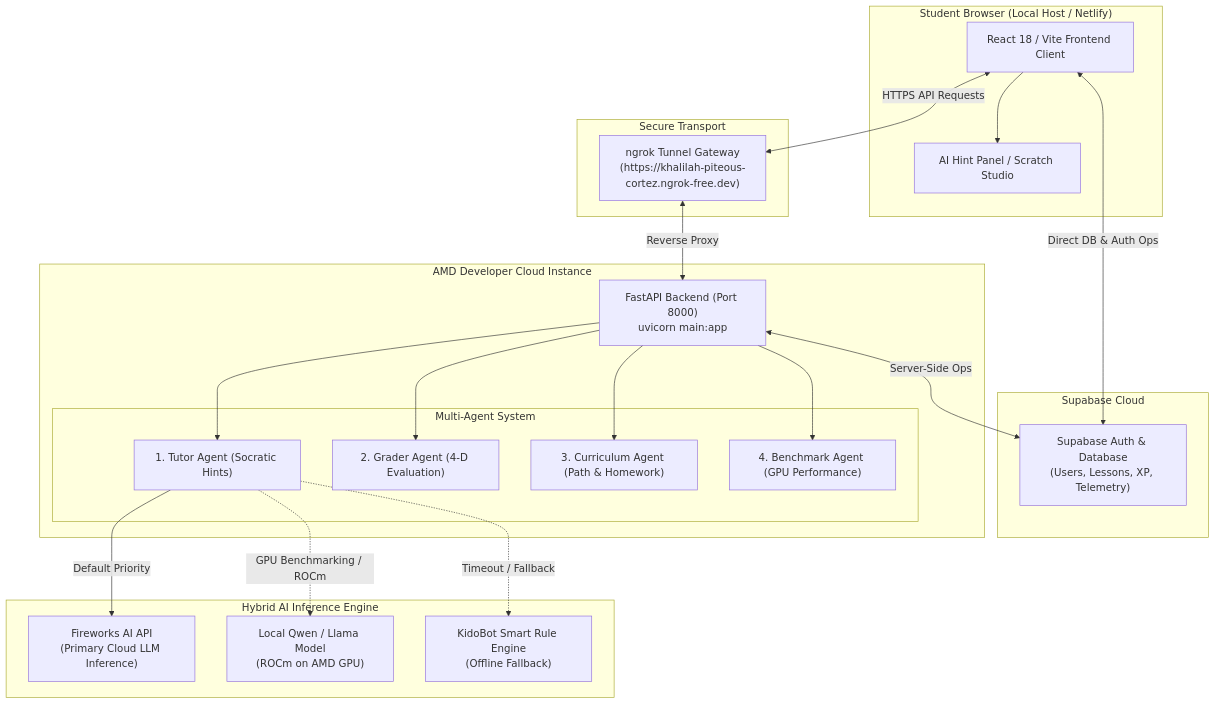
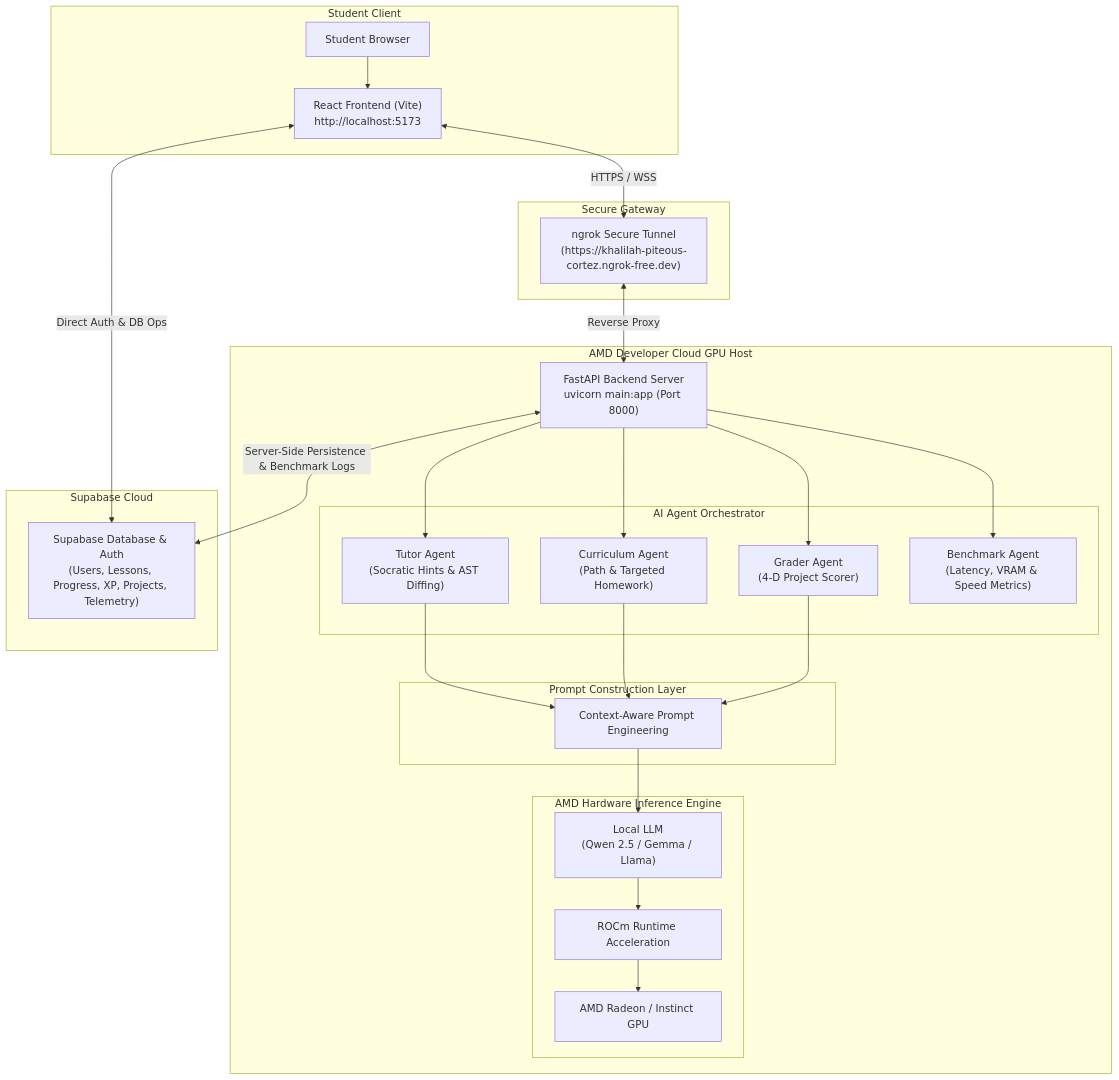
One commit to maria2469/KidoDev changed the diagram in README.md. Above: the diagram before and after it, drawn with Mermaid. The commit also changed other lines of this file and 7 other files, not shown here.

Commit message:
docs: simplify architecture documentation and replace diagrams with direct AMD GPU inference focus

````diff
--- a/README.md
+++ b/README.md
@@ -50,47 +59,53 @@
 ```mermaid
 flowchart TB
-    subgraph Browser ["Student Browser (Local Host / Netlify)"]
-        ReactUI["React 18 / Vite Frontend Client"]
-        AgentPanel["AI Hint Panel / Scratch Studio"]
-        ReactUI --> AgentPanel
+    subgraph Client ["Student Client"]
+        Student["Student Browser"]
+        ReactFrontend["React Frontend (Vite)\nhttp://localhost:5173"]
+        Student --> ReactFrontend
     end
 
-    subgraph SupabaseLayer ["Supabase Cloud"]
-        AuthDB["Supabase Auth & Database\n(Users, Lessons, XP, Telemetry)"]
-        ReactUI <-->|Direct DB & Auth Ops| AuthDB
+    subgraph Tunnel ["Secure Gateway"]
+        NgrokTunnel["ngrok Secure Tunnel\n(https://khalilah-piteous-cortez.ngrok-free.dev)"]
+        ReactFrontend <-->|HTTPS / WSS| NgrokTunnel
     end
 
-    subgraph Tunnel ["Secure Transport"]
-        NgrokGateway["ngrok Tunnel Gateway\n(https://khalilah-piteous-cortez.ngrok-free.dev)"]
-        ReactUI <-->|HTTPS API Requests| NgrokGateway
+    subgraph AMDCloud ["AMD Developer Cloud GPU Host"]
+        FastAPI["FastAPI Backend Server\nuvicorn main:app (Port 8000)"]
+        NgrokTunnel <-->|Reverse Proxy| FastAPI
+
+        subgraph AgentOrchestrator ["AI Agent Orchestrator"]
+            TutorAgent["Tutor Agent\n(Socratic Hints & AST Diffing)"]
+            CurriculumAgent["Curriculum Agent\n(Path & Targeted Homework)"]
+            GraderAgent["Grader Agent\n(4-D Project Scorer)"]
+            BenchmarkAgent["Benchmark Agent\n(Latency, VRAM & Speed Metrics)"]
+        end
+
+        FastAPI --> TutorAgent
+        FastAPI --> CurriculumAgent
+        FastAPI --> GraderAgent
+        FastAPI --> BenchmarkAgent
+
+        subgraph PromptLayer ["Prompt Construction Layer"]
+            PromptBuilder["Context-Aware Prompt Engineering"]
+            TutorAgent --> PromptBuilder
+            CurriculumAgent --> PromptBuilder
+            GraderAgent --> PromptBuilder
+        end
+
+        subgraph InferenceEngine ["AMD Hardware Inference Engine"]
+            LocalLLM["Local LLM\n(Qwen 2.5 / Gemma / Llama)"]
+            ROCmStack["ROCm Runtime Acceleration"]
+            AMDGPUHardware["AMD Radeon / Instinct GPU"]
+
+            PromptBuilder --> LocalLLM
+            LocalLLM --> ROCmStack
+            ROCmStack --> AMDGPUHardware
+        end
     end
 
-    subgraph AMDCloud ["AMD Developer Cloud Instance"]
-        FastAPIServer["FastAPI Backend (Port 8000)\nuvicorn main:app"]
-        NgrokGateway <-->|Reverse Proxy| FastAPIServer
-
-        subgraph Agents ["Multi-Agent System"]
-            TutorAgent["1. Tutor Agent (Socratic Hints)"]
-            GraderAgent["2. Grader Agent (4-D Evaluation)"]
-            CurriculumAgent["3. Curriculum Agent (Path & Homework)"]
-            BenchmarkAgent["4. Benchmark Agent (GPU Performance)"]
-        end
-
-        FastAPIServer --> TutorAgent
-        FastAPIServer --> GraderAgent
-        FastAPIServer --> CurriculumAgent
-        FastAPIServer --> BenchmarkAgent
+    subgraph Database ["Supabase Cloud"]
+        SupabaseDB["Supabase Database & Auth\n(Users, Lessons, Progress, XP, Projects, Telemetry)"]
+        ReactFrontend <-->|Direct Auth & DB Ops| SupabaseDB
+        FastAPI <-->|Server-Side Persistence & Benchmark Logs| SupabaseDB
     end
-
-    subgraph InferencePipeline ["Hybrid AI Inference Engine"]
-        FireworksAPI["Fireworks AI API\n(Primary Cloud LLM Inference)"]
-        LocalAMDModel["Local Qwen / Llama Model\n(ROCm on AMD GPU)"]
-        FallbackEngine["KidoBot Smart Rule Engine\n(Offline Fallback)"]
-
-        TutorAgent -->|Default Priority| FireworksAPI
-        TutorAgent -.->|GPU Benchmarking / ROCm| LocalAMDModel
-        TutorAgent -.->|Timeout / Fallback| FallbackEngine
-    end
-
-    FastAPIServer <-->|Server-Side Ops| AuthDB
 ```
````
